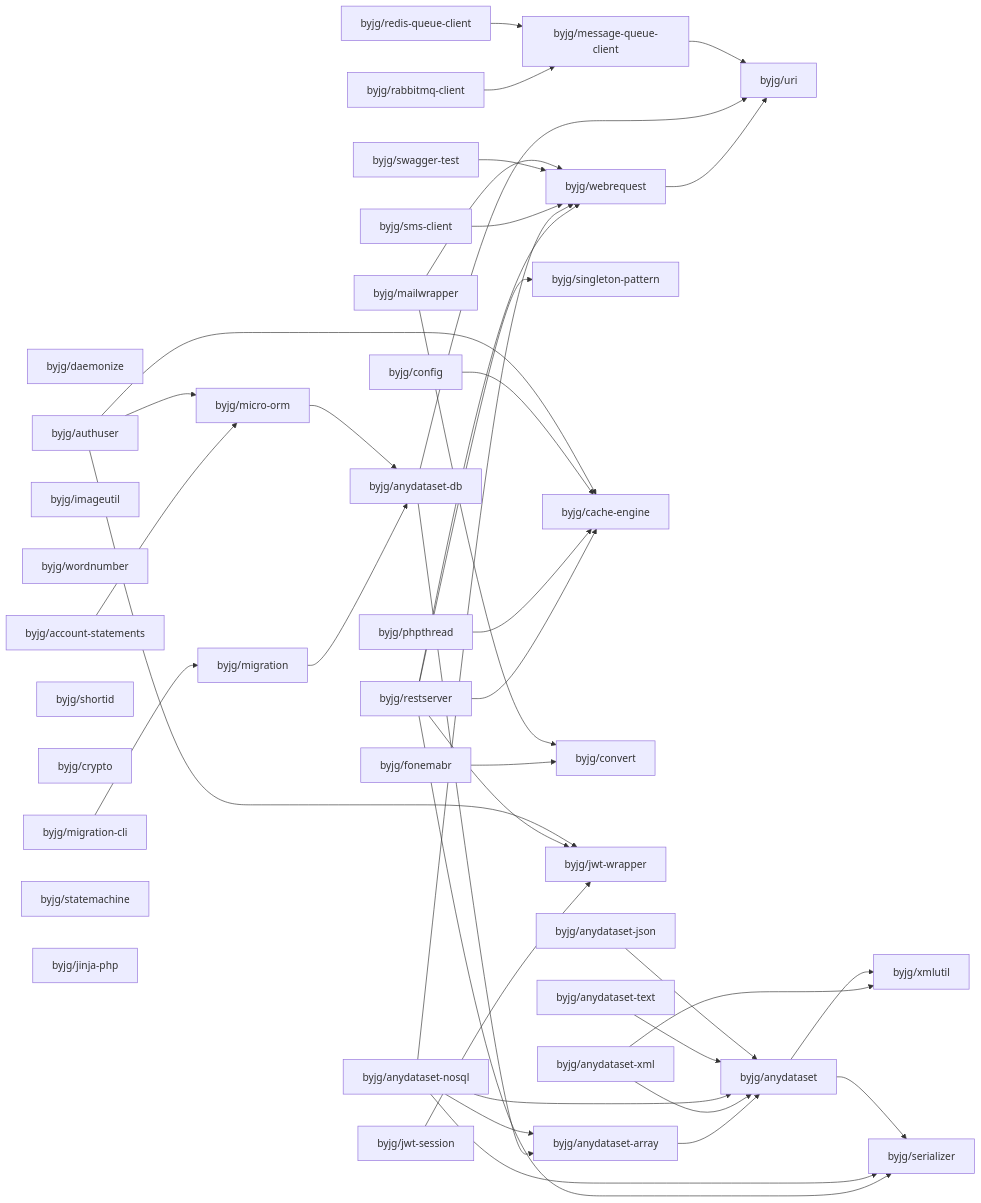
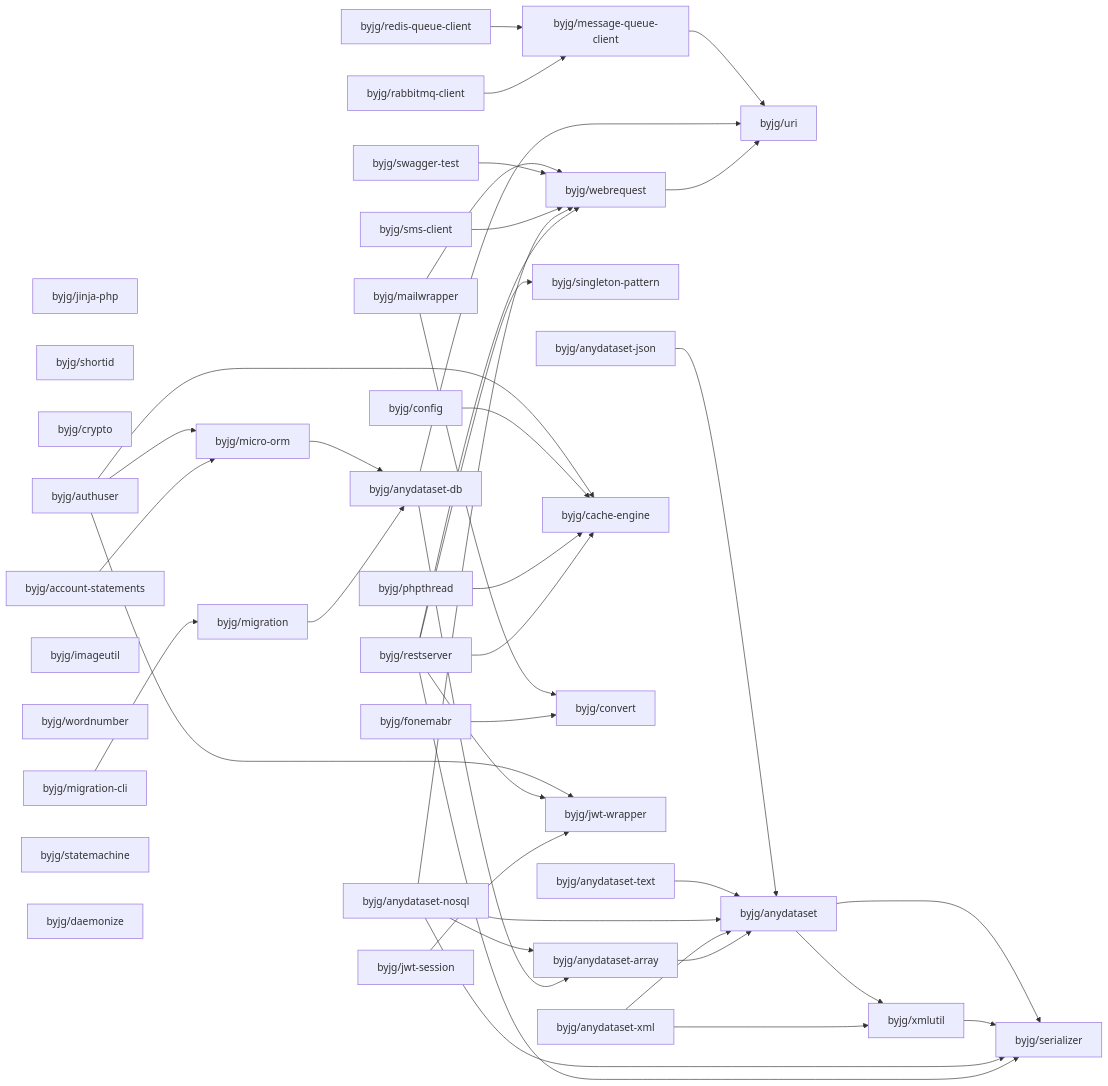
Before and after one commit to byjg/byjg.github.io: the diagram in docs/php/README.md, drawn with Mermaid. The commit also changed 8 other files, not shown here.

Commit message:
Update documentation 'php' 'php-xmlutil'

````diff
--- a/docs/php/README.md
+++ b/docs/php/README.md
@@ -3,78 +3,79 @@
 ```mermaid
 graph LR;
+  byjg/sms-client;
+  byjg/restserver;
+  byjg/anydataset-json;
+  byjg/anydataset-text;
+  byjg/jinja-php;
+  byjg/shortid;
+  byjg/swagger-test;
+  byjg/rabbitmq-client;
+  byjg/crypto;
+  byjg/fonemabr;
+  byjg/redis-queue-client;
+  byjg/phpthread;
+  byjg/migration-cli;
+  byjg/authuser;
+  byjg/imageutil;
   byjg/config;
-  byjg/phpthread;
-  byjg/anydataset-nosql;
-  byjg/anydataset-xml;
-  byjg/anydataset-text;
-  byjg/anydataset-json;
-  byjg/redis-queue-client;
-  byjg/daemonize;
+  byjg/wordnumber;
   byjg/account-statements;
-  byjg/imageutil;
-  byjg/wordnumber;
-  byjg/fonemabr;
-  byjg/migration-cli;
-  byjg/shortid;
-  byjg/restserver;
-  byjg/crypto;
-  byjg/authuser;
   byjg/mailwrapper;
   byjg/jwt-session;
-  byjg/swagger-test;
   byjg/statemachine;
-  byjg/rabbitmq-client;
-  byjg/jinja-php;
-  byjg/sms-client;
+  byjg/anydataset-xml;
+  byjg/anydataset-nosql;
+  byjg/daemonize;
+  byjg/singleton-pattern;
+  byjg/message-queue-client;
   byjg/migration;
-  byjg/singleton-pattern;
+  byjg/cache-engine;
   byjg/micro-orm;
-  byjg/cache-engine;
   byjg/convert;
   byjg/jwt-wrapper;
-  byjg/message-queue-client;
   byjg/webrequest;
   byjg/anydataset-db;
   byjg/anydataset-array;
   byjg/uri;
   byjg/anydataset;
+  byjg/xmlutil;
   byjg/serializer;
-  byjg/xmlutil;
   byjg/account-statements --> byjg/micro-orm;
   byjg/fonemabr --> byjg/convert;
   byjg/webrequest --> byjg/uri;
   byjg/anydataset-array --> byjg/anydataset;
   byjg/anydataset-xml --> byjg/anydataset;
   byjg/anydataset-xml --> byjg/xmlutil;
   byjg/rabbitmq-client --> byjg/message-queue-client;
   byjg/redis-queue-client --> byjg/message-queue-client;
   byjg/jwt-session --> byjg/jwt-wrapper;
   byjg/anydataset-db --> byjg/anydataset-array;
   byjg/anydataset-db --> byjg/uri;
   byjg/restserver --> byjg/serializer;
   byjg/restserver --> byjg/singleton-pattern;
   byjg/restserver --> byjg/cache-engine;
   byjg/restserver --> byjg/webrequest;
   byjg/restserver --> byjg/jwt-wrapper;
   byjg/migration --> byjg/anydataset-db;
   byjg/anydataset-nosql --> byjg/anydataset;
   byjg/anydataset-nosql --> byjg/anydataset-array;
   byjg/anydataset-nosql --> byjg/serializer;
   byjg/anydataset-nosql --> byjg/webrequest;
   byjg/phpthread --> byjg/cache-engine;
   byjg/sms-client --> byjg/webrequest;
   byjg/swagger-test --> byjg/webrequest;
   byjg/migration-cli --> byjg/migration;
   byjg/config --> byjg/cache-engine;
   byjg/anydataset-text --> byjg/anydataset;
   byjg/micro-orm --> byjg/anydataset-db;
   byjg/authuser --> byjg/micro-orm;
   byjg/authuser --> byjg/cache-engine;
   byjg/authuser --> byjg/jwt-wrapper;
   byjg/anydataset-json --> byjg/anydataset;
   byjg/mailwrapper --> byjg/convert;
   byjg/mailwrapper --> byjg/webrequest;
+  byjg/xmlutil --> byjg/serializer;
   byjg/anydataset --> byjg/serializer;
   byjg/anydataset --> byjg/xmlutil;
   byjg/message-queue-client --> byjg/uri;
 ```
````
